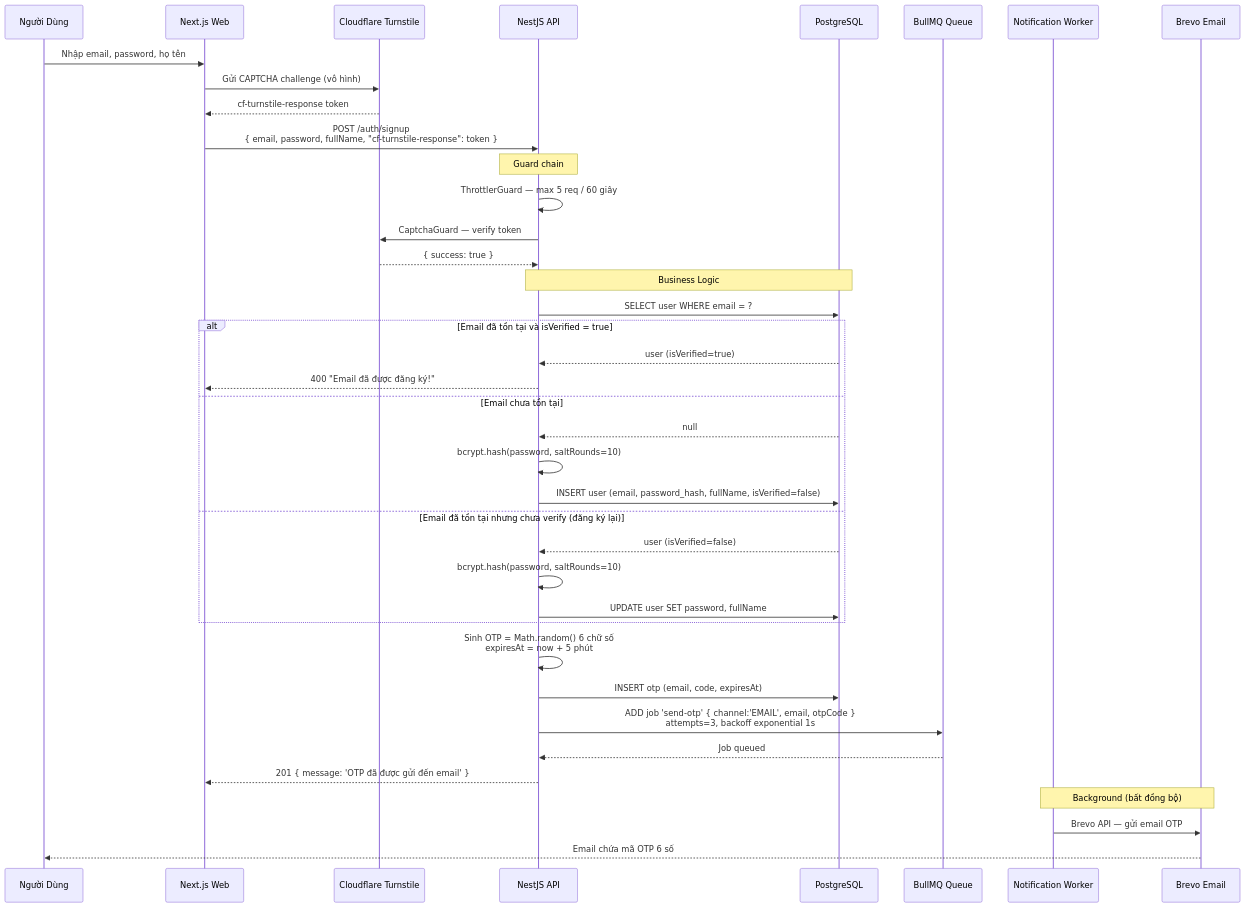
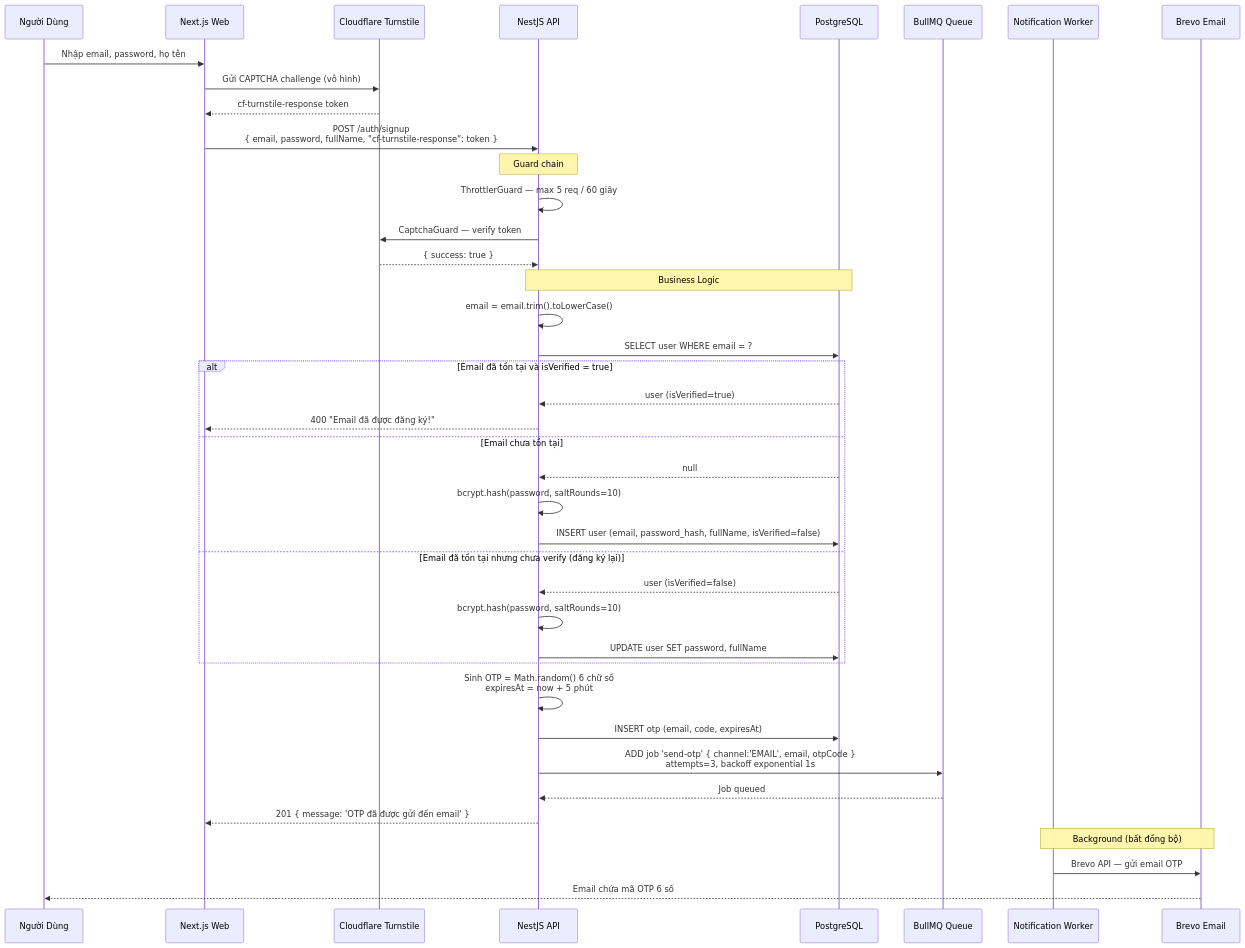
The second of 10 diagrams in blueprint/specs/auth.md (dorayakiiiiz/ticket-box), drawn with Mermaid before and after one commit. The commit also changed other lines of this file and 3 other files, not shown here.

````diff
--- a/blueprint/specs/auth.md
+++ b/blueprint/specs/auth.md
@@ -18,47 +85,48 @@
 ```mermaid
 sequenceDiagram
     participant U as Người Dùng
     participant FE as Next.js Web
     participant CF as Cloudflare Turnstile
     participant BE as NestJS API
     participant DB as PostgreSQL
     participant Q as BullMQ Queue
     participant W as Notification Worker
     participant EM as Brevo Email
 
     U->>FE: Nhập email, password, họ tên
     FE->>CF: Gửi CAPTCHA challenge (vô hình)
     CF-->>FE: cf-turnstile-response token
 
     FE->>BE: POST /auth/signup<br/>{ email, password, fullName, "cf-turnstile-response": token }
 
     Note over BE: Guard chain
     BE->>BE: ThrottlerGuard — max 5 req / 60 giây
     BE->>CF: CaptchaGuard — verify token
     CF-->>BE: { success: true }
 
     Note over BE,DB: Business Logic
+    BE->>BE: email = email.trim().toLowerCase()
     BE->>DB: SELECT user WHERE email = ?
     alt Email đã tồn tại và isVerified = true
         DB-->>BE: user (isVerified=true)
         BE-->>FE: 400 "Email đã được đăng ký!"
     else Email chưa tồn tại
         DB-->>BE: null
         BE->>BE: bcrypt.hash(password, saltRounds=10)
         BE->>DB: INSERT user (email, password_hash, fullName, isVerified=false)
     else Email đã tồn tại nhưng chưa verify (đăng ký lại)
         DB-->>BE: user (isVerified=false)
         BE->>BE: bcrypt.hash(password, saltRounds=10)
         BE->>DB: UPDATE user SET password, fullName
     end
 
     BE->>BE: Sinh OTP = Math.random() 6 chữ số<br/>expiresAt = now + 5 phút
     BE->>DB: INSERT otp (email, code, expiresAt)
     BE->>Q: ADD job 'send-otp' { channel:'EMAIL', email, otpCode }<br/>attempts=3, backoff exponential 1s
     Q-->>BE: Job queued
     BE-->>FE: 201 { message: 'OTP đã được gửi đến email' }
 
     Note over W,EM: Background (bất đồng bộ)
     W->>EM: Brevo API — gửi email OTP
     EM-->>U: Email chứa mã OTP 6 số
 ```
````
